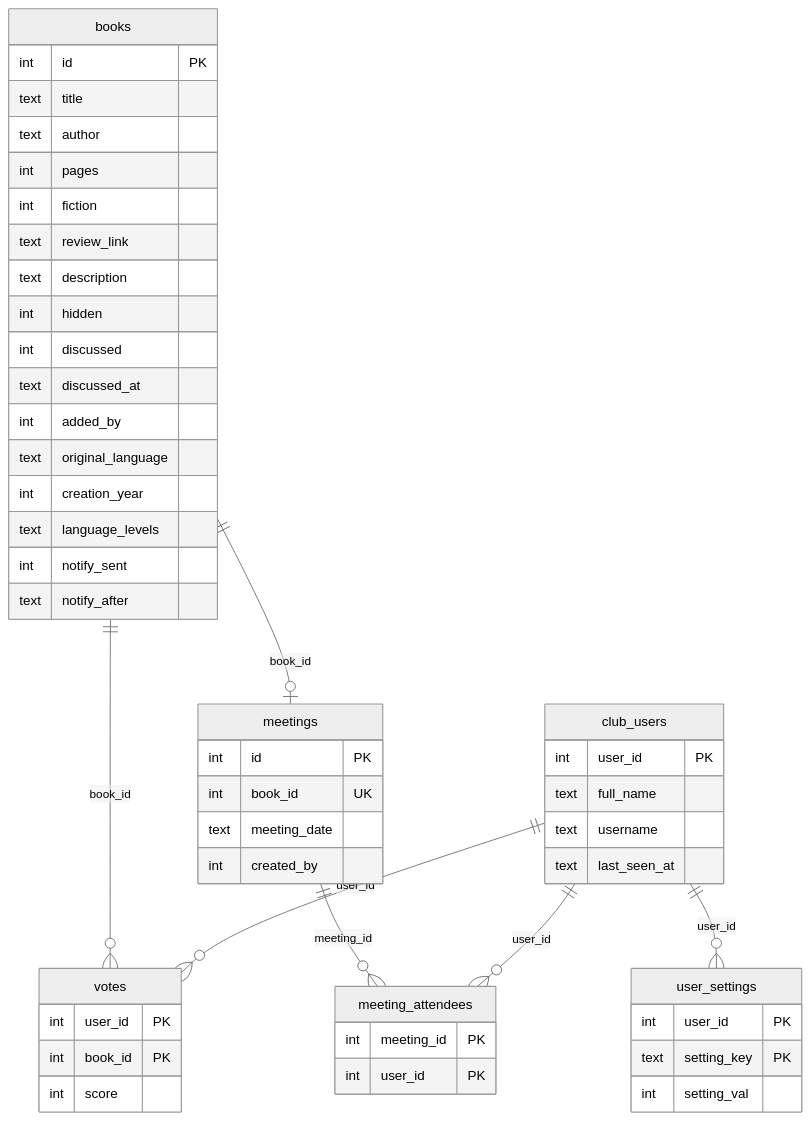
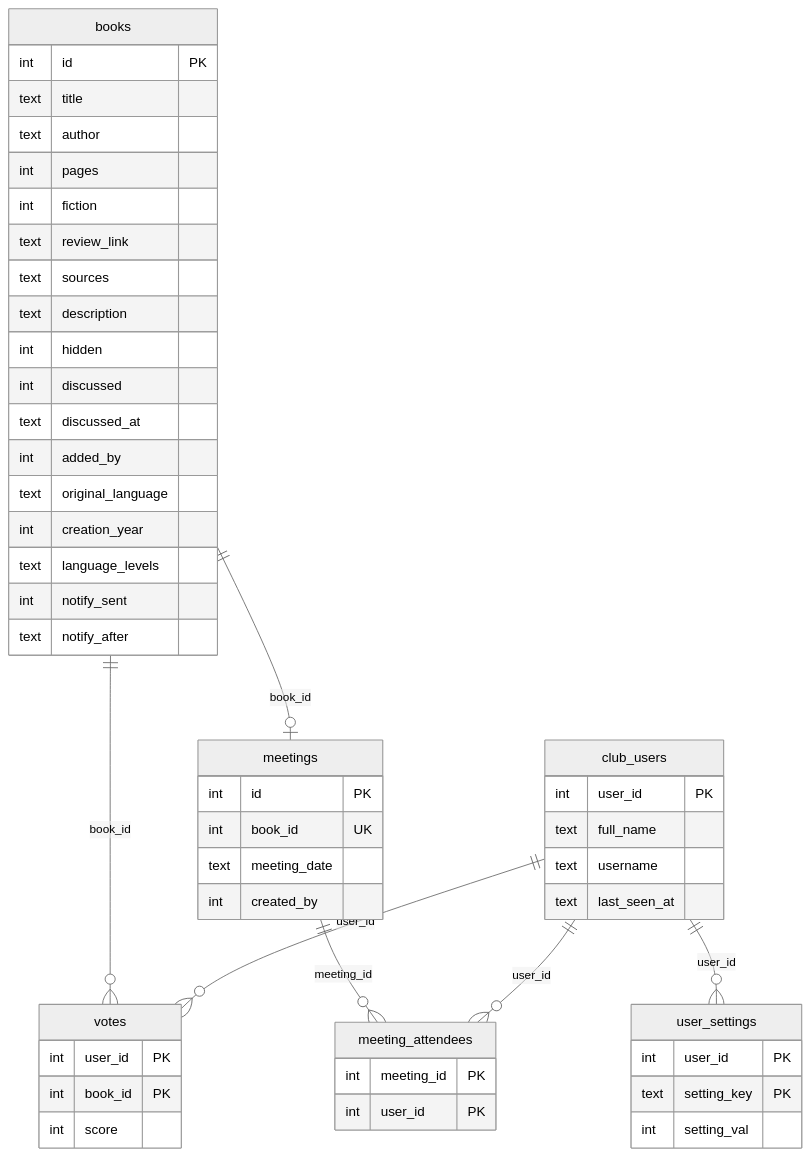
The fourth of 4 diagrams in docs/architecture.md (antmaxi/club-voting-bot), drawn with Mermaid (neutral theme) before and after one commit. The commit also changed other lines of this file and 13 other files, not shown here.

````diff
--- a/docs/architecture.md
+++ b/docs/architecture.md
@@ -152,54 +152,55 @@
 ```mermaid
 erDiagram
   books ||--o{ votes : "book_id"
   books ||--o| meetings : "book_id"
   meetings ||--o{ meeting_attendees : "meeting_id"
   club_users ||--o{ meeting_attendees : "user_id"
   club_users ||--o{ votes : "user_id"
   club_users ||--o{ user_settings : "user_id"
 
   books {
     int id PK
     text title
     text author
     int pages
     int fiction
     text review_link
+    text sources
     text description
     int hidden
     int discussed
     text discussed_at
     int added_by
     text original_language
     int creation_year
     text language_levels
     int notify_sent
     text notify_after
   }
   votes {
     int user_id PK
     int book_id PK
     int score
   }
   user_settings {
     int user_id PK
     text setting_key PK
     int setting_val
   }
   club_users {
     int user_id PK
     text full_name
     text username
     text last_seen_at
   }
   meetings {
     int id PK
     int book_id UK
     text meeting_date
     int created_by
   }
   meeting_attendees {
     int meeting_id PK
     int user_id PK
   }
 ```
````
